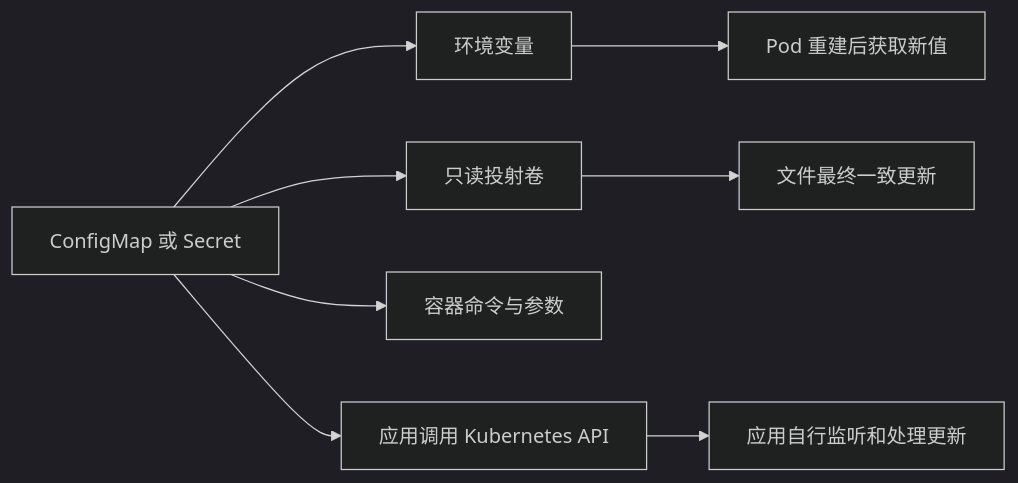
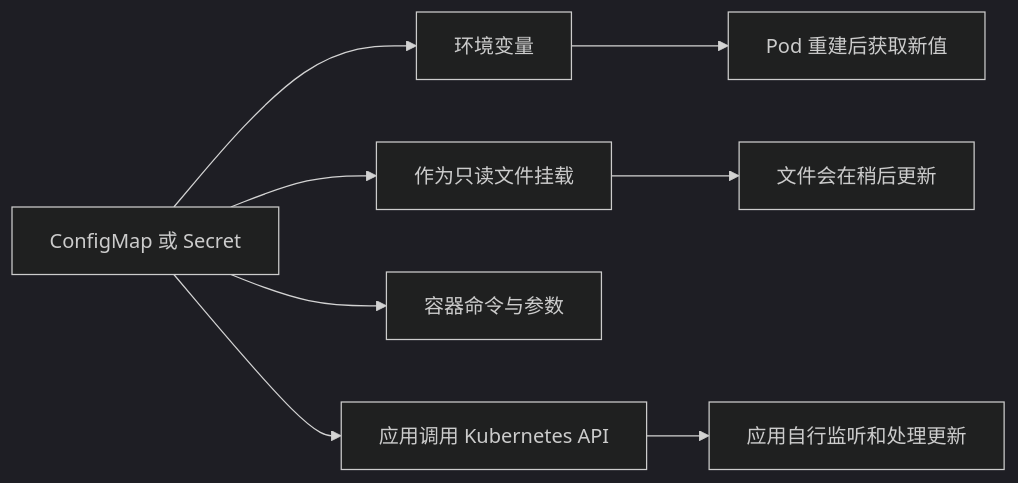
Before and after one commit to yleoer/k8s-learn: the diagram in docs/11-配置管理/index.md, drawn with Mermaid (dark theme). The commit also changed other lines of this file and 52 other files, not shown here.

````diff
--- a/docs/11-配置管理/index.md
+++ b/docs/11-配置管理/index.md
@@ -20,10 +20,10 @@
 ```mermaid
 flowchart LR
     A["ConfigMap 或 Secret"] --> B["环境变量"]
-    A --> C["只读投射卷"]
+    A --> C["作为只读文件挂载"]
     A --> D["容器命令与参数"]
     A --> E["应用调用 Kubernetes API"]
     B --> F["Pod 重建后获取新值"]
-    C --> G["文件最终一致更新"]
+    C --> G["文件会在稍后更新"]
     E --> H["应用自行监听和处理更新"]
 ```
````
